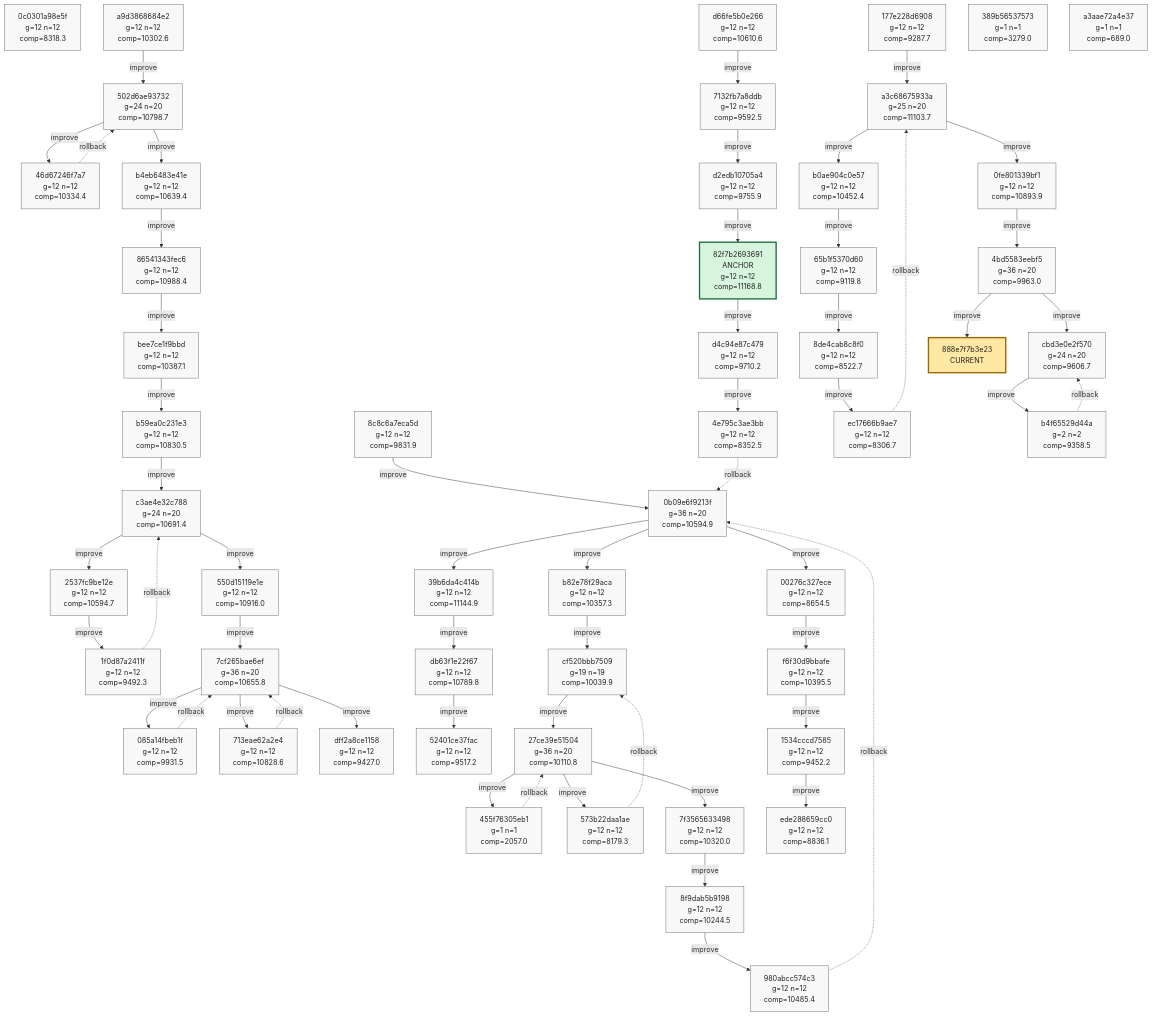
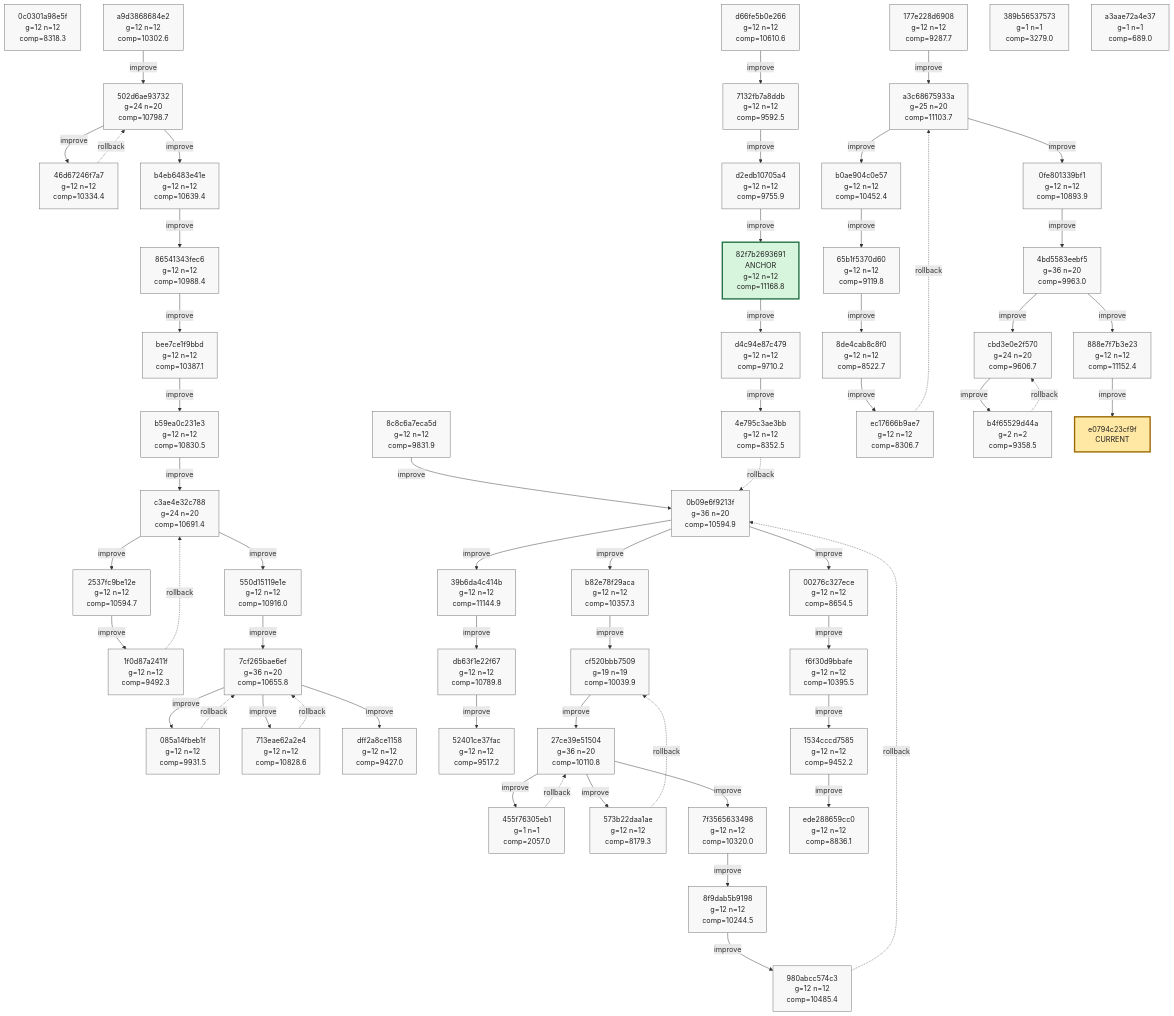
The tenth of 10 diagrams in phyrogenetic-tree.md (azumag/soviet_now), drawn with Mermaid before and after one commit. The commit also changed other lines of this file and 2 other files, not shown here.

Commit message:
eloop Improve after 12 games (scores: 10302 14092 15002 10481 13056 10006 19448 15287 6889 11463 11597 10621)

````diff
--- a/phyrogenetic-tree.md
+++ b/phyrogenetic-tree.md
@@ -2590,9 +2586,10 @@
     h_4bd5583eebf5["4bd5583eebf5<br/>g=36 n=20<br/>comp=9963.0"]
     h_cbd3e0e2f570["cbd3e0e2f570<br/>g=24 n=20<br/>comp=9606.7"]
     h_b4f65529d44a["b4f65529d44a<br/>g=2 n=2<br/>comp=9358.5"]
+    h_888e7f7b3e23["888e7f7b3e23<br/>g=12 n=12<br/>comp=11152.4"]
     h_389b56537573["389b56537573<br/>g=1 n=1<br/>comp=3279.0"]
     h_a3aae72a4e37["a3aae72a4e37<br/>g=1 n=1<br/>comp=689.0"]
-    h_888e7f7b3e23["888e7f7b3e23<br/>CURRENT"]
+    h_e0794c23cf9f["e0794c23cf9f<br/>CURRENT"]
 
     h_a9d3868684e2 -->|improve| h_502d6ae93732
     h_502d6ae93732 -->|improve| h_46d67246f7a7
@@ -2649,6 +2646,7 @@
     h_cbd3e0e2f570 -->|improve| h_b4f65529d44a
     h_b4f65529d44a -. rollback .-> h_cbd3e0e2f570
     h_4bd5583eebf5 -->|improve| h_888e7f7b3e23
+    h_888e7f7b3e23 -->|improve| h_e0794c23cf9f
 
     classDef plain fill:#f8f8f8,stroke:#666,stroke-width:1px,color:#222;
     classDef current fill:#ffe8a3,stroke:#9a6700,stroke-width:3px,color:#222;
@@ -2704,7 +2702,8 @@
     class h_4bd5583eebf5 plain;
     class h_cbd3e0e2f570 plain;
     class h_b4f65529d44a plain;
+    class h_888e7f7b3e23 plain;
     class h_389b56537573 plain;
     class h_a3aae72a4e37 plain;
-    class h_888e7f7b3e23 current;
+    class h_e0794c23cf9f current;
 ```
````
